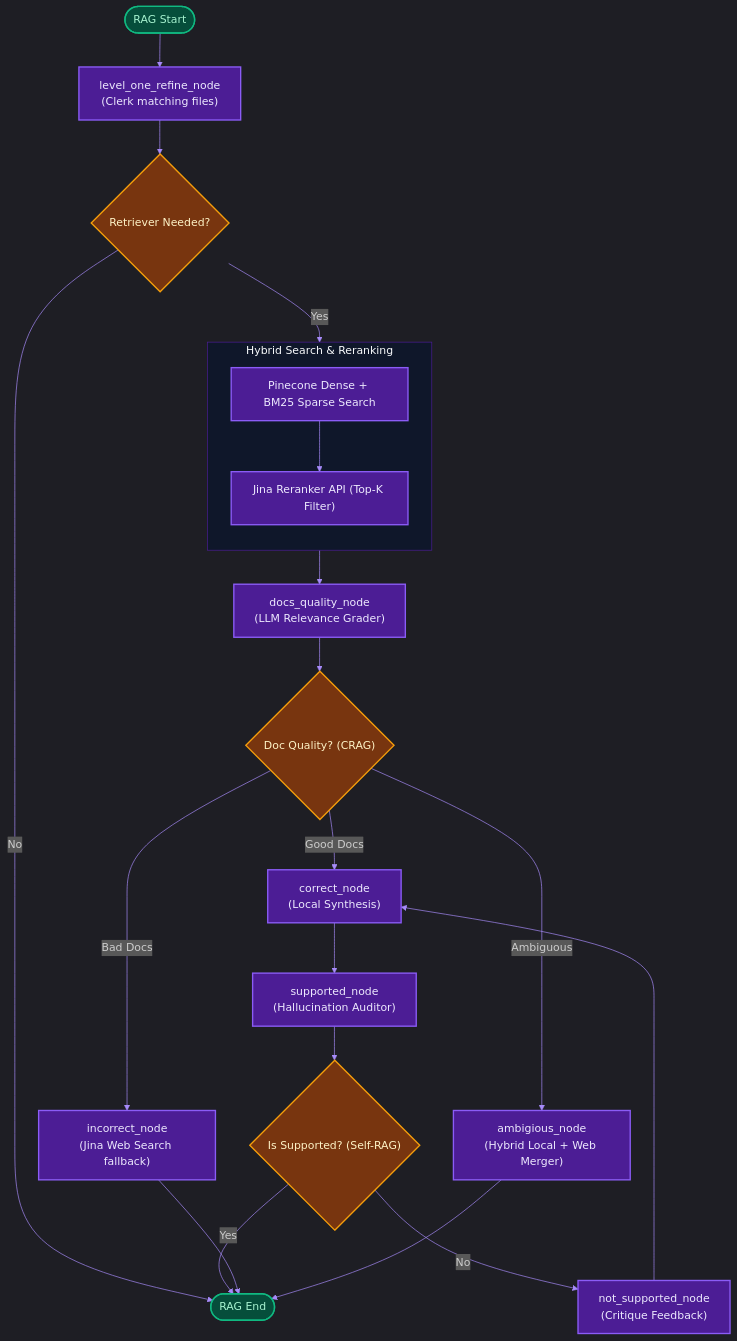
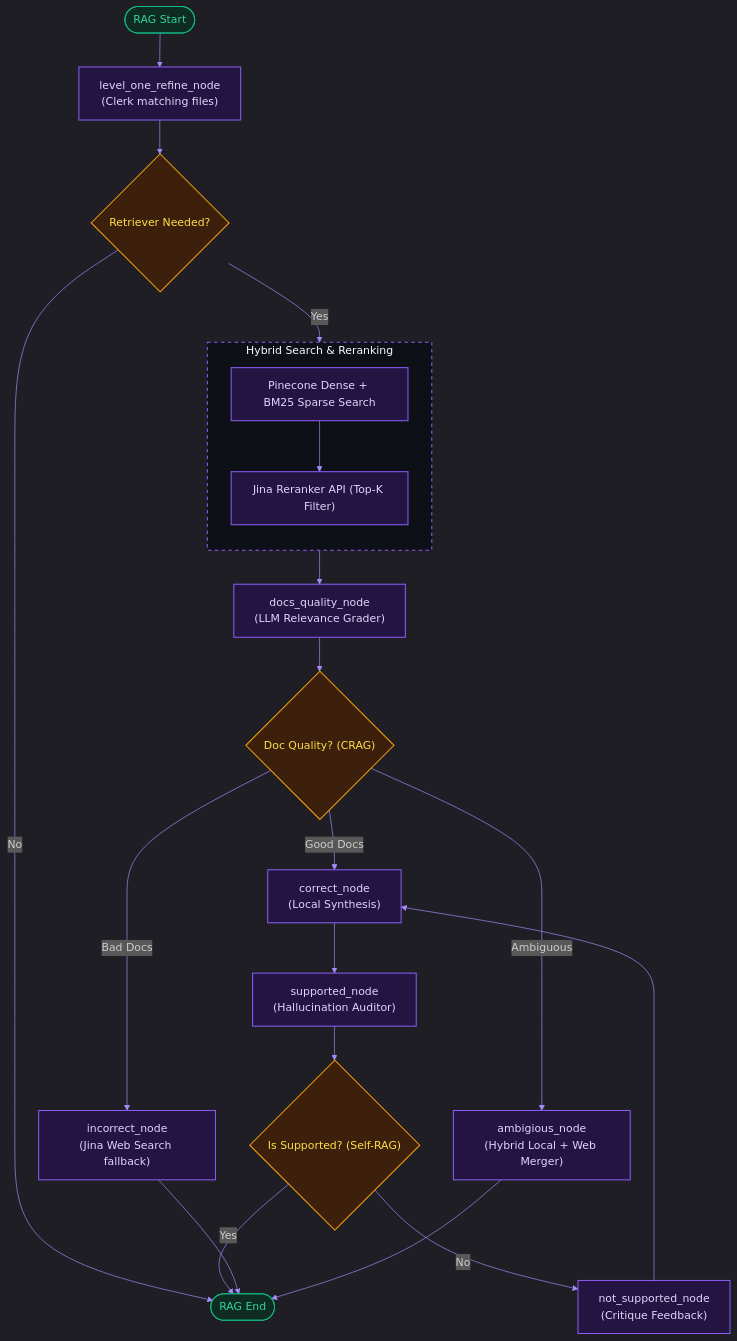
The second of 4 diagrams in README.md (Somay-kousis/RabbitHole), drawn with Mermaid before and after one commit. The commit also changed other lines of this file and 179 other files, not shown here.

````diff
--- a/README.md
+++ b/README.md
@@ -123,72 +123,72 @@
 ```mermaid
 %%{init: {
   'theme': 'dark',
   'themeVariables': {
     'background': '#0b0f19',
     'primaryColor': '#1e293b',
     'primaryTextColor': '#f8fafc',
     'lineColor': '#a78bfa',
     'nodeBorder': '#334155',
     'tertiaryColor': '#0f172a'
   }
 }}%%
 flowchart TD
     R_Start([RAG Start])
     Clerk["level_one_refine_node<br/>(Clerk matching files)"]
     RetrieveCheck{"Retriever Needed?"}
     
     subgraph Retrieval ["Hybrid Search & Reranking"]
         direction TB
         Search["Pinecone Dense + BM25 Sparse Search"]
         Reranker["Jina Reranker API (Top-K Filter)"]
         Search --> Reranker
     end
     
     Grader["docs_quality_node<br/>(LLM Relevance Grader)"]
     QualityCheck{"Doc Quality? (CRAG)"}
     
     %% Pathways
     LocalRAG["correct_node<br/>(Local Synthesis)"]
     WebRAG["incorrect_node<br/>(Jina Web Search fallback)"]
     HybridRAG["ambigious_node<br/>(Hybrid Local + Web Merger)"]
     
     %% Self-RAG loop
     Auditor["supported_node<br/>(Hallucination Auditor)"]
     AuditCheck{"Is Supported? (Self-RAG)"}
     NotSupported["not_supported_node<br/>(Critique Feedback)"]
     
     R_End([RAG End])
     
     R_Start --> Clerk
     Clerk --> RetrieveCheck
     
     RetrieveCheck -->|No| R_End
     RetrieveCheck -->|Yes| Search
     Reranker --> Grader
     Grader --> QualityCheck
     
     QualityCheck -->|Good Docs| LocalRAG
     QualityCheck -->|Bad Docs| WebRAG
     QualityCheck -->|Ambiguous| HybridRAG
     
     LocalRAG --> Auditor
     Auditor --> AuditCheck
     
     AuditCheck -->|Yes| R_End
     AuditCheck -->|No| NotSupported
     
     NotSupported --> LocalRAG
     
     WebRAG --> R_End
     HybridRAG --> R_End
 
-    style Retrieval fill:#0f172a,stroke:#4c1d95,stroke-width:1px,color:#f8fafc;
+    style Retrieval fill:#0d1117,stroke:#8b5cf6,stroke-dasharray: 5 5,stroke-width:1.5px,color:#f8fafc;
 
-    classDef startEnd fill:#064e3b,stroke:#10b981,stroke-width:2px,color:#a7f3d0;
-    classDef innerNode fill:#4c1d95,stroke:#8b5cf6,stroke-width:2px,color:#ede9fe;
-    classDef decision fill:#78350f,stroke:#f59e0b,stroke-width:2px,color:#fef3c7;
+    classDef startEnd fill:#0f2c22,stroke:#10b981,stroke-width:1.5px,color:#34d399;
+    classDef innerNode fill:#241442,stroke:#8b5cf6,stroke-width:1.5px,color:#ddd6fe;
+    classDef decision fill:#3c200c,stroke:#f59e0b,stroke-width:1.5px,color:#fde047;
 
     class R_Start,R_End startEnd;
     class Clerk,Search,Reranker,Grader,LocalRAG,WebRAG,HybridRAG,Auditor,NotSupported innerNode;
     class RetrieveCheck,QualityCheck,AuditCheck decision;
 ```
````
